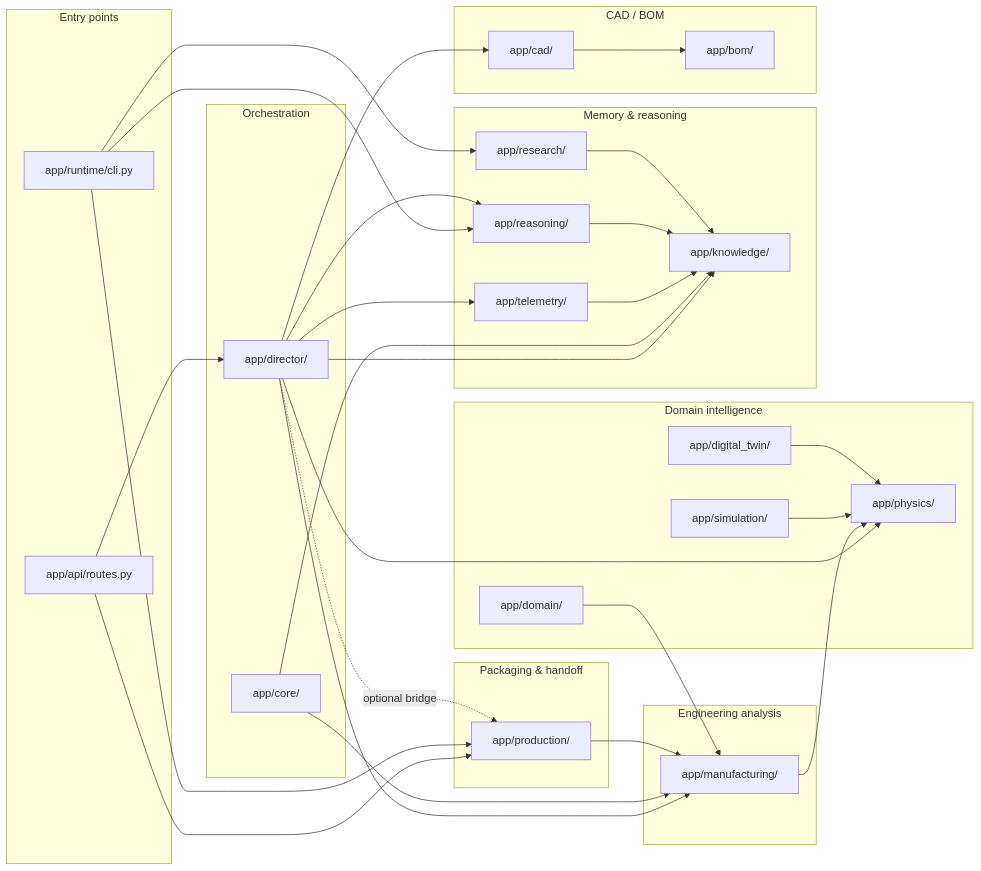
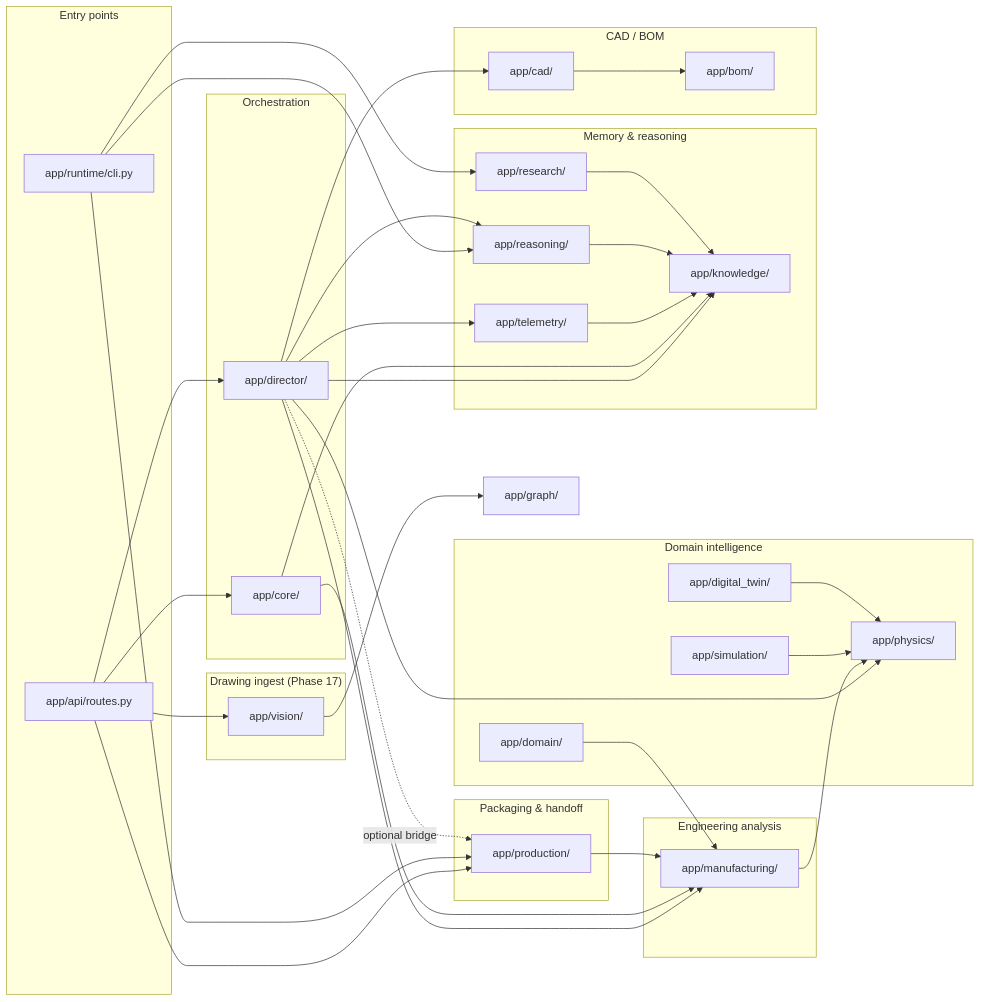
Before and after one commit to besmirched1-svg/Enginerring_PlatformV1: the diagram in docs/ARCHITECTURE.md, drawn with Mermaid. The commit also changed other lines of this file and 3 other files, not shown here.

````diff
--- a/docs/ARCHITECTURE.md
+++ b/docs/ARCHITECTURE.md
@@ -10,69 +10,77 @@
 ```mermaid
 flowchart LR
     subgraph entry["Entry points"]
         API[app/api/routes.py]
         CLI[app/runtime/cli.py]
     end
 
     subgraph orchestration["Orchestration"]
         DIR[app/director/]
         CORE[app/core/]
     end
 
     subgraph domain["Domain intelligence"]
         PHYS[app/physics/]
         SIM[app/simulation/]
         DOM[app/domain/]
         DT[app/digital_twin/]
     end
 
     subgraph engineering["Engineering analysis"]
         MFG[app/manufacturing/]
     end
 
     subgraph packaging["Packaging & handoff"]
         PROD[app/production/]
     end
 
     subgraph memory["Memory & reasoning"]
         KNOW[app/knowledge/]
         REAS[app/reasoning/]
         TEL[app/telemetry/]
         RES[app/research/]
     end
 
     subgraph cad["CAD / BOM"]
         CAD[app/cad/]
         BOM[app/bom/]
     end
 
+    subgraph vision["Drawing ingest (Phase 17)"]
+        VIS[app/vision/]
+    end
+
     API --> DIR
     API --> PROD
+    API --> VIS
+    API --> CORE
     CLI --> PROD
     CLI --> REAS
     CLI --> RES
 
     DIR --> MFG
     DIR --> PHYS
     DIR --> CAD
     DIR --> KNOW
     DIR --> REAS
     DIR --> TEL
     DIR -. optional bridge .-> PROD
 
     CORE --> MFG
     CORE --> KNOW
 
     MFG --> PHYS
     SIM --> PHYS
     DT --> PHYS
     DOM --> MFG
 
     PROD --> MFG
 
     TEL --> KNOW
     REAS --> KNOW
     RES --> KNOW
 
     CAD --> BOM
+
+    VIS --> GRAPH[app/graph/]
 ```
````
